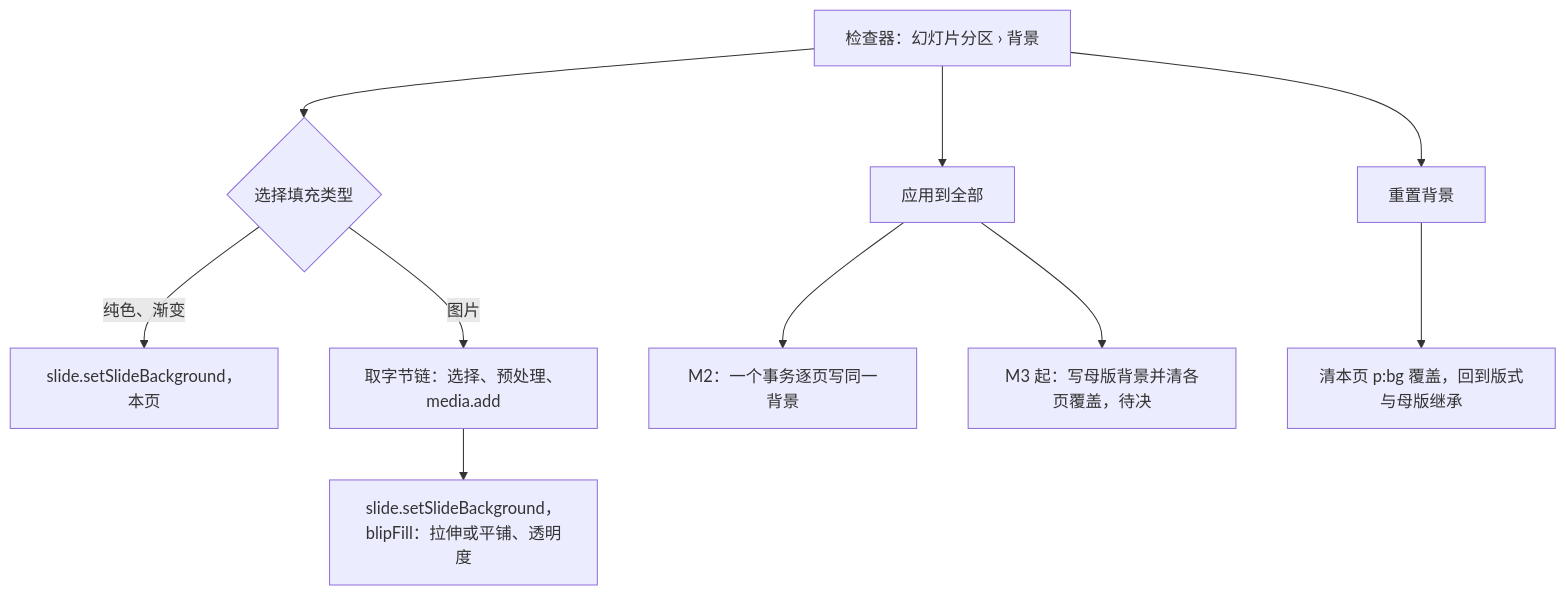
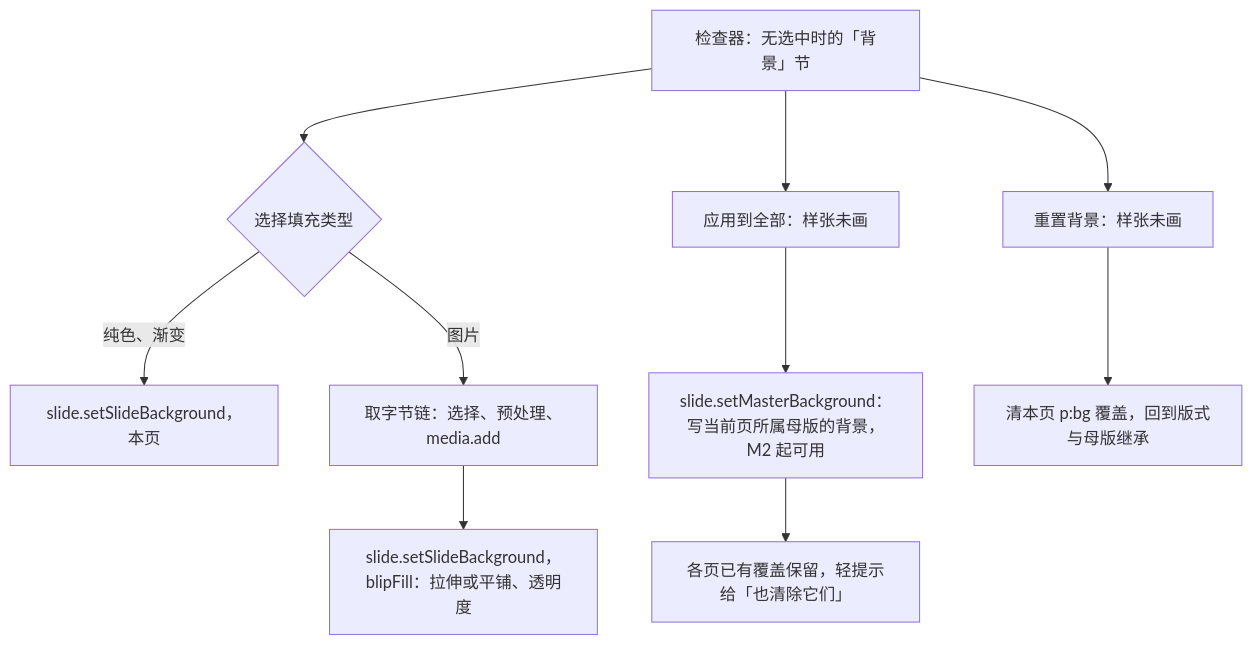
Diagram 18 of 35 in docs/50-frontend/18-editor-capabilities.md (Xeonice/cordis-ppt-editor), drawn with Mermaid before and after one commit. The commit also changed other lines of this file and 25 other files, not shown here.

````diff
--- a/docs/50-frontend/18-editor-capabilities.md
+++ b/docs/50-frontend/18-editor-capabilities.md
@@ -848,12 +866,12 @@
 ```mermaid
 flowchart TB
-  panel["检查器：幻灯片分区 › 背景"] --> kind{"选择填充类型"}
+  panel["检查器：无选中时的「背景」节"] --> kind{"选择填充类型"}
   kind -->|"纯色、渐变"| f1["slide.setSlideBackground，本页"]
   kind -->|"图片"| up["取字节链：选择、预处理、media.add"]
   up --> f2["slide.setSlideBackground，blipFill：拉伸或平铺、透明度"]
-  panel --> all["应用到全部"]
-  all --> m2["M2：一个事务逐页写同一背景"]
-  all --> m3["M3 起：写母版背景并清各页覆盖，待决"]
-  panel --> reset["重置背景"]
+  panel --> all["应用到全部：样张未画"]
+  all --> m["slide.setMasterBackground：写当前页所属母版的背景，M2 起可用"]
+  m --> keep["各页已有覆盖保留，轻提示给「也清除它们」"]
+  panel --> reset["重置背景：样张未画"]
   reset --> r1["清本页 p:bg 覆盖，回到版式与母版继承"]
 ```
````
